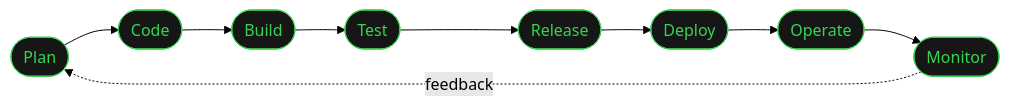
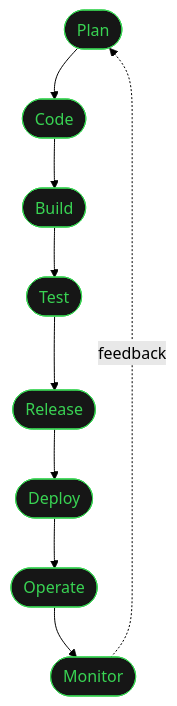
One commit to dhamsey3/dhamsey3 changed the diagram in README.md. Above: the diagram before and after it, drawn with Mermaid (forest theme). The commit also changed other lines of this file, not shown here.

First line of the commit message:
Fix mobile rendering: vertical Mermaid loop, list instead of table

````diff
--- a/README.md
+++ b/README.md
@@ -60,14 +60,14 @@
 ```mermaid
-flowchart LR
+flowchart TD
     Plan([Plan]) --> Code([Code])
     Code --> Build([Build])
     Build --> Test([Test])
     Test --> Release([Release])
     Release --> Deploy([Deploy])
     Deploy --> Operate([Operate])
     Operate --> Monitor([Monitor])
     Monitor -.->|feedback| Plan
 
     classDef stage fill:#161616,stroke:#39D353,stroke-width:1px,color:#39D353;
     class Plan,Code,Build,Test,Release,Deploy,Operate,Monitor stage;
 ```
````
